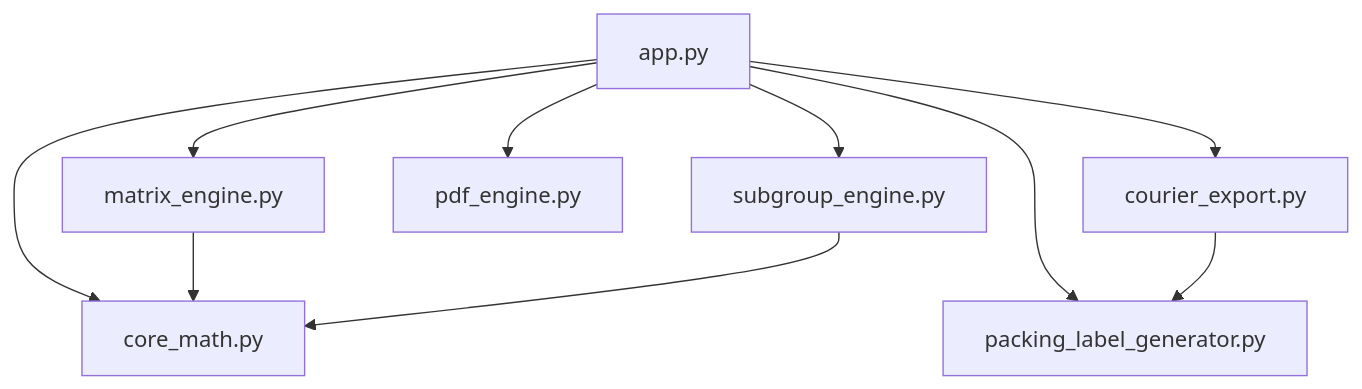
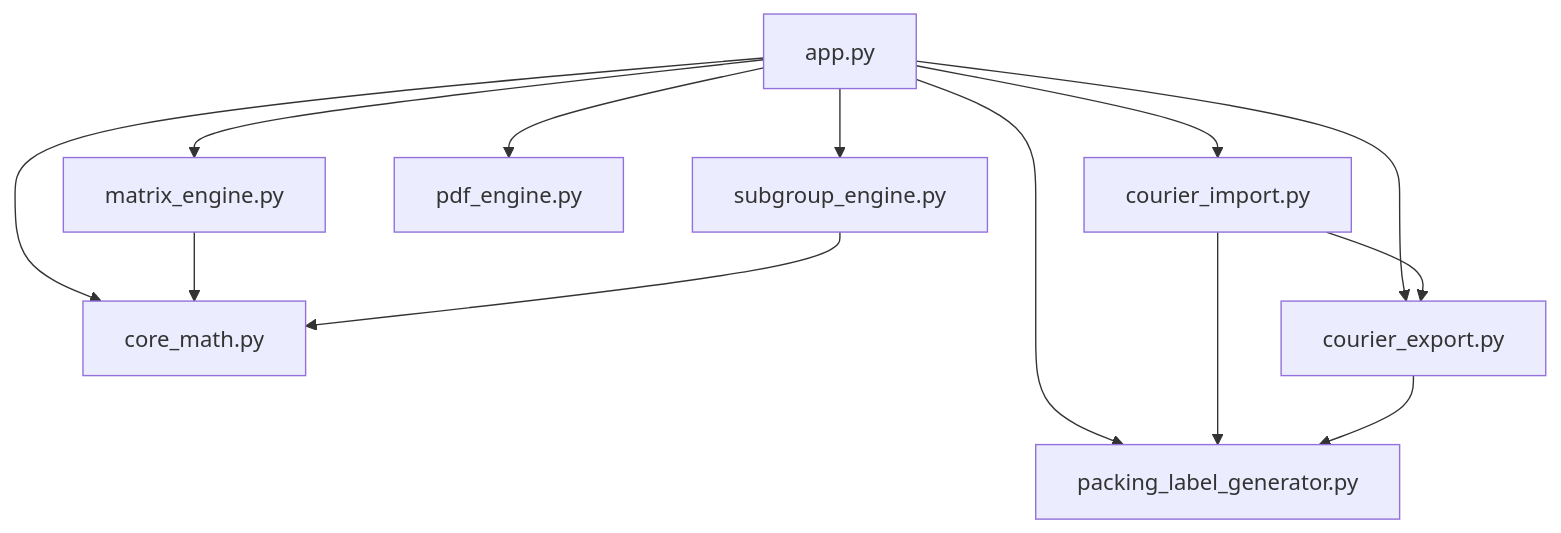
The second of 19 diagrams in docs/CODE_GUIDE.md (nesubat/Warehouse_app), drawn with Mermaid before and after one commit. The commit also changed other lines of this file and 19 other files, not shown here.

Commit message:
Courier Import, store/receiver/attn fields, per-row item codes, nav and dashboard tidy-up

````diff
--- a/docs/CODE_GUIDE.md
+++ b/docs/CODE_GUIDE.md
@@ -119,12 +119,15 @@
 ```mermaid
 graph TD
     app["app.py"] --> matrix["matrix_engine.py"]
     app --> sub["subgroup_engine.py"]
     app --> pdf["pdf_engine.py"]
     app --> core["core_math.py"]
     app --> plg["packing_label_generator.py"]
     app --> ce["courier_export.py"]
+    app --> ci["courier_import.py"]
+    ci --> plg
+    ci --> ce
     matrix --> core
     sub --> core
     ce --> plg
 ```
````
